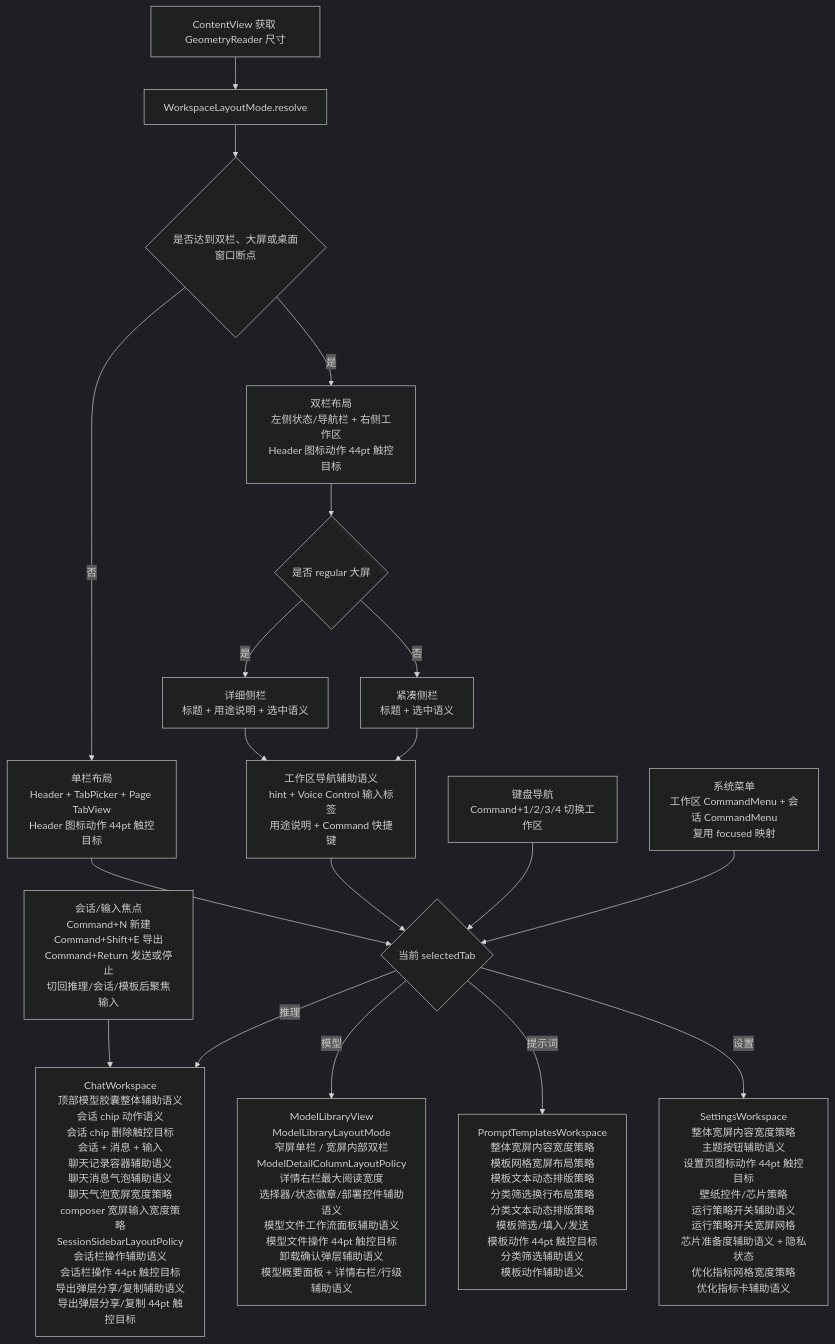
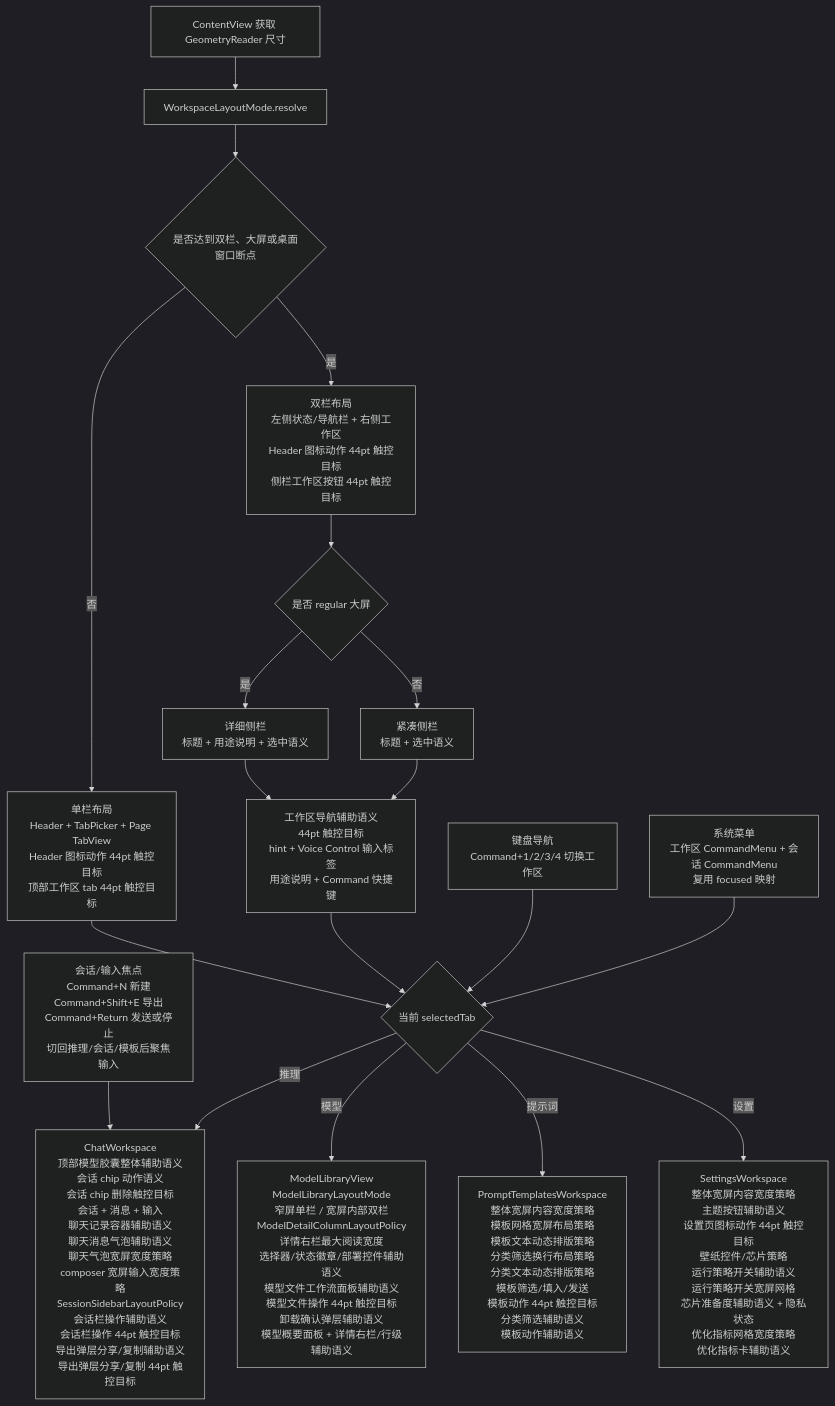
The fifth of 10 diagrams in md/flow/flowchart.md (Altman-sam114/113), drawn with Mermaid (dark theme) before and after one commit. The commit also changed other lines of this file and 8 other files, not shown here.

````diff
--- a/md/flow/flowchart.md
+++ b/md/flow/flowchart.md
@@ -84,21 +84,21 @@
 ```mermaid
 flowchart TD
     A[ContentView 获取 GeometryReader 尺寸] --> B[WorkspaceLayoutMode.resolve]
     B --> C{是否达到双栏、大屏或桌面窗口断点}
-    C -- 否 --> D[单栏布局<br/>Header + TabPicker + Page TabView<br/>Header 图标动作 44pt 触控目标]
-    C -- 是 --> E[双栏布局<br/>左侧状态/导航栏 + 右侧工作区<br/>Header 图标动作 44pt 触控目标]
+    C -- 否 --> D[单栏布局<br/>Header + TabPicker + Page TabView<br/>Header 图标动作 44pt 触控目标<br/>顶部工作区 tab 44pt 触控目标]
+    C -- 是 --> E[双栏布局<br/>左侧状态/导航栏 + 右侧工作区<br/>Header 图标动作 44pt 触控目标<br/>侧栏工作区按钮 44pt 触控目标]
     E --> N{是否 regular 大屏}
     N -- 是 --> O[详细侧栏<br/>标题 + 用途说明 + 选中语义]
     N -- 否 --> P[紧凑侧栏<br/>标题 + 选中语义]
     D --> F{当前 selectedTab}
-    O --> X[工作区导航辅助语义<br/>hint + Voice Control 输入标签<br/>用途说明 + Command 快捷键]
+    O --> X[工作区导航辅助语义<br/>44pt 触控目标<br/>hint + Voice Control 输入标签<br/>用途说明 + Command 快捷键]
     P --> X
     X --> F
     K[键盘导航<br/>Command+1/2/3/4 切换工作区] --> F
     M[系统菜单<br/>工作区 CommandMenu + 会话 CommandMenu<br/>复用 focused 映射] --> F
     L[会话/输入焦点<br/>Command+N 新建<br/>Command+Shift+E 导出<br/>Command+Return 发送或停止<br/>切回推理/会话/模板后聚焦输入] --> G
     F -- 推理 --> G[ChatWorkspace<br/>顶部模型胶囊整体辅助语义<br/>会话 chip 动作语义<br/>会话 chip 删除触控目标<br/>会话 + 消息 + 输入<br/>聊天记录容器辅助语义<br/>聊天消息气泡辅助语义<br/>聊天气泡宽屏宽度策略<br/>composer 宽屏输入宽度策略<br/>SessionSidebarLayoutPolicy<br/>会话栏操作辅助语义<br/>会话栏操作 44pt 触控目标<br/>导出弹层分享/复制辅助语义<br/>导出弹层分享/复制 44pt 触控目标]
     F -- 模型 --> H[ModelLibraryView<br/>ModelLibraryLayoutMode<br/>窄屏单栏 / 宽屏内部双栏<br/>ModelDetailColumnLayoutPolicy<br/>详情右栏最大阅读宽度<br/>选择器/状态徽章/部署控件辅助语义<br/>模型文件工作流面板辅助语义<br/>模型文件操作 44pt 触控目标<br/>卸载确认弹层辅助语义<br/>模型概要面板 + 详情右栏/行级辅助语义]
     F -- 提示词 --> I[PromptTemplatesWorkspace<br/>整体宽屏内容宽度策略<br/>模板网格宽屏布局策略<br/>模板文本动态排版策略<br/>分类筛选换行布局策略<br/>分类文本动态排版策略<br/>模板筛选/填入/发送<br/>模板动作 44pt 触控目标<br/>分类筛选辅助语义<br/>模板动作辅助语义]
     F -- 设置 --> J[SettingsWorkspace<br/>整体宽屏内容宽度策略<br/>主题按钮辅助语义<br/>设置页图标动作 44pt 触控目标<br/>壁纸控件/芯片策略<br/>运行策略开关辅助语义<br/>运行策略开关宽屏网格<br/>芯片准备度辅助语义 + 隐私状态<br/>优化指标网格宽度策略<br/>优化指标卡辅助语义]
 ```
````
